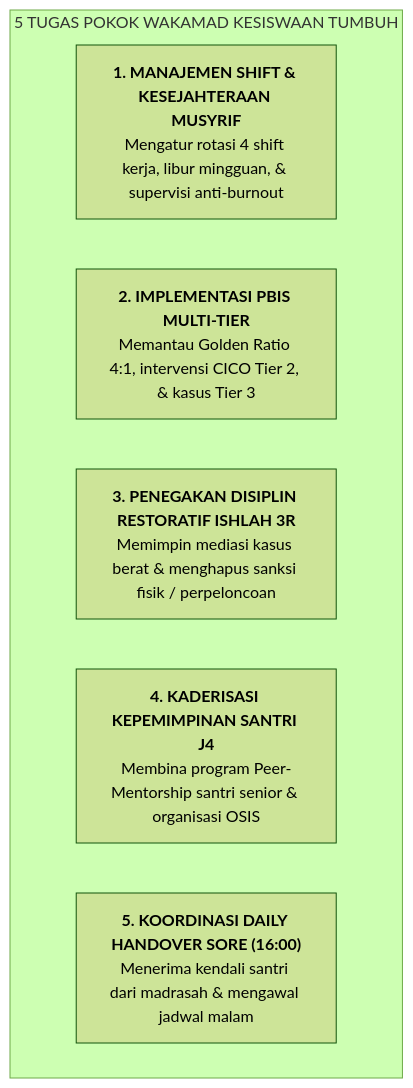
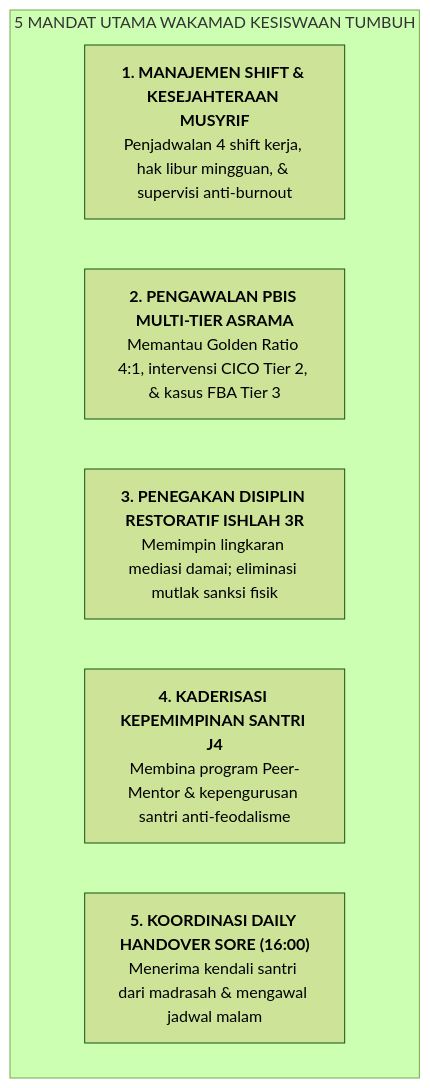
One commit to wandiapriliyandi/tumbuh changed the diagram in BOOK Series 2/Volume-05-Manual-Operasional-SOP-24Jam-dan-Tata-Kelola/Bab-04-Integrasi-4-Pilar-Wakamad/03-Tupoksi-Wakamad-Kesiswaan.md. Above: the diagram before and after it, drawn with Mermaid (forest theme). The commit also changed other lines of this file and 61 other files, not shown here.

````diff
--- a/BOOK Series 2/Volume-05-Manual-Operasional-SOP-24Jam-dan-Tata-Kelola/Bab-04-Integrasi-4-Pilar-Wakamad/03-Tupoksi-Wakamad-Kesiswaan.md
+++ b/BOOK Series 2/Volume-05-Manual-Operasional-SOP-24Jam-dan-Tata-Kelola/Bab-04-Integrasi-4-Pilar-Wakamad/03-Tupoksi-Wakamad-Kesiswaan.md
@@ -9,10 +11,10 @@
 ```mermaid
 flowchart TD
-    subgraph MandatKesiswaan["5 TUGAS POKOK WAKAMAD KESISWAAN TUMBUH"]
-        K1["<b>1. MANAJEMEN SHIFT & KESEJAHTERAAN MUSYRIF</b><br/>Mengatur rotasi 4 shift kerja, libur mingguan, & supervisi anti-burnout"]
-        K2["<b>2. IMPLEMENTASI PBIS MULTI-TIER</b><br/>Memantau Golden Ratio 4:1, intervensi CICO Tier 2, & kasus Tier 3"]
-        K3["<b>3. PENEGAKAN DISIPLIN RESTORATIF ISHLAH 3R</b><br/>Memimpin mediasi kasus berat & menghapus sanksi fisik / perpeloncoan"]
-        K4["<b>4. KADERISASI KEPEMIMPINAN SANTRI J4</b><br/>Membina program Peer-Mentorship santri senior & organisasi OSIS"]
+    subgraph MandatKesiswaan["5 MANDAT UTAMA WAKAMAD KESISWAAN TUMBUH"]
+        K1["<b>1. MANAJEMEN SHIFT & KESEJAHTERAAN MUSYRIF</b><br/>Penjadwalan 4 shift kerja, hak libur mingguan, & supervisi anti-burnout"]
+        K2["<b>2. PENGAWALAN PBIS MULTI-TIER ASRAMA</b><br/>Memantau Golden Ratio 4:1, intervensi CICO Tier 2, & kasus FBA Tier 3"]
+        K3["<b>3. PENEGAKAN DISIPLIN RESTORATIF ISHLAH 3R</b><br/>Memimpin lingkaran mediasi damai; eliminasi mutlak sanksi fisik"]
+        K4["<b>4. KADERISASI KEPEMIMPINAN SANTRI J4</b><br/>Membina program Peer-Mentor & kepengurusan santri anti-feodalisme"]
         K5["<b>5. KOORDINASI DAILY HANDOVER SORE (16:00)</b><br/>Menerima kendali santri dari madrasah & mengawal jadwal malam"]
     end
 ```
````
